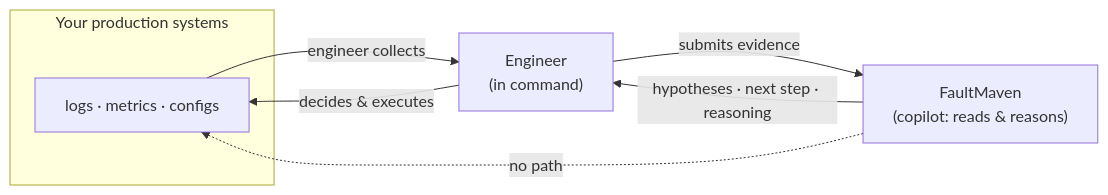
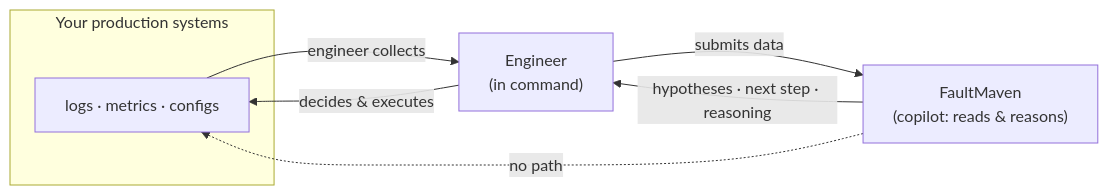
One commit to FaultMaven/faultmaven-website changed the diagram in content/blog/2026-03-03-copilot-not-autopilot.md. Above: the diagram before and after it, drawn with Mermaid. The commit also changed other lines of this file and 10 other files, not shown here.

Commit message:
fix: correct evidence framing in site copy — users share data, FaultMaven derives evidence (#33)

````diff
--- a/content/blog/2026-03-03-copilot-not-autopilot.md
+++ b/content/blog/2026-03-03-copilot-not-autopilot.md
@@ -99,15 +99,15 @@
 ```mermaid
 flowchart LR
     subgraph Prod["Your production systems"]
         S["logs · metrics · configs"]
     end
     E["Engineer<br/>(in command)"]
     C["FaultMaven<br/>(copilot: reads & reasons)"]
 
     S -->|"engineer collects"| E
-    E -->|"submits evidence"| C
+    E -->|"submits data"| C
     C -->|"hypotheses · next step · reasoning"| E
     E -->|"decides & executes"| S
 
     C -.->|"no path"| S
 ```
````
